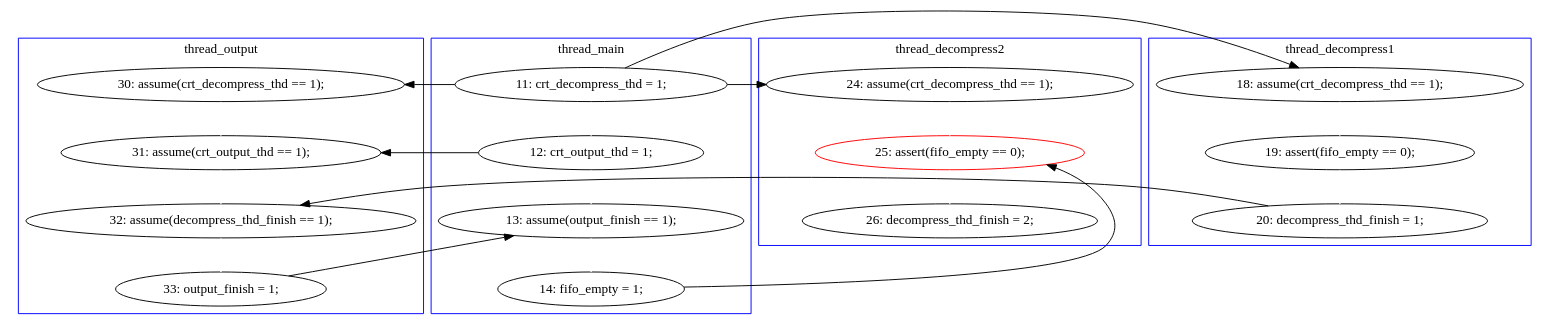
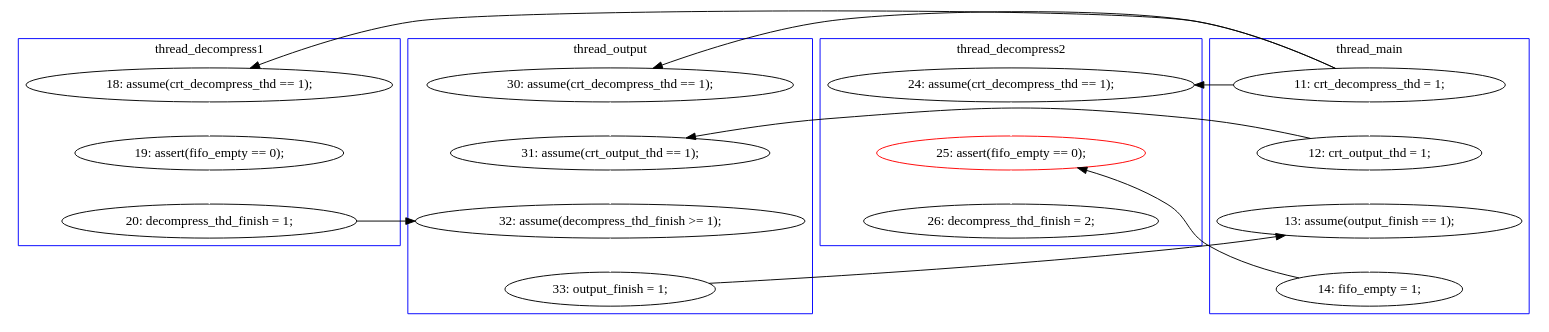
Before and after one commit to hylhp/cav14-model: the diagram in pbzip2.mixed/B-1-graph-gen.dot, drawn with Graphviz. The commit also changed 25 other files, not shown here.

```diff
--- a/pbzip2.mixed/B-1-graph-gen.dot
+++ b/pbzip2.mixed/B-1-graph-gen.dot
@@ -1,49 +1,49 @@
 digraph Counterexample {
-	25 -> 28 [color = white, style = solid]
-	20 -> 21 [color = black, style = solid, constraint = false]
-	11 -> 17 [color = white, style = solid]
-	12 -> 17 [color = black, style = solid, constraint = false]
-	17 -> 19 [color = white, style = solid]
-	19 -> 20 [color = white, style = solid]
-	9 -> 11 [color = black, style = solid, constraint = false]
-	16 -> 18 [color = white, style = solid]
-	14 -> 16 [color = white, style = solid]
-	9 -> 12 [color = white, style = solid]
+	12 -> 14 [color = white, style = solid]
+	23 -> 26 [color = black, style = solid, constraint = false]
+	20 -> 30 [color = white, style = solid]
+	11 -> 12 [color = black, style = solid, constraint = false]
+	13 -> 21 [color = black, style = solid, constraint = false]
+	26 -> 28 [color = white, style = solid]
+	22 -> 23 [color = white, style = solid]
+	28 -> 30 [color = black, style = solid, constraint = false]
+	14 -> 15 [color = white, style = solid]
 	21 -> 22 [color = white, style = solid]
-	9 -> 14 [color = black, style = solid, constraint = false]
-	23 -> 25 [color = white, style = solid]
-	9 -> 23 [color = black, style = solid, constraint = false]
-	12 -> 21 [color = white, style = solid]
-	22 -> 25 [color = black, style = solid, constraint = false]
-	18 -> 19 [color = black, style = solid, constraint = false]
-	subgraph cluster2 {
-		label = thread_decompress1
-		color = blue
-		18  [label = "20: decompress_thd_finish = 1;"]
-		14  [label = "18: assume(crt_decompress_thd == 1);"]
-		16  [label = "19: assert(fifo_empty == 0);"]
-	}
+	30 -> 32 [color = white, style = solid]
+	13 -> 26 [color = white, style = solid]
+	11 -> 20 [color = black, style = solid, constraint = false]
+	15 -> 22 [color = black, style = solid, constraint = false]
+	18 -> 21 [color = white, style = solid]
+	11 -> 13 [color = white, style = solid]
+	11 -> 18 [color = black, style = solid, constraint = false]
 	subgraph cluster3 {
 		label = thread_decompress2
 		color = blue
-		23  [label = "24: assume(crt_decompress_thd == 1);"]
-		25  [label = "25: assert(fifo_empty == 0);", color = red]
-		28  [label = "26: decompress_thd_finish = 2;"]
+		20  [label = "24: assume(crt_decompress_thd == 1);"]
+		30  [label = "25: assert(fifo_empty == 0);", color = red]
+		32  [label = "26: decompress_thd_finish = 2;"]
 	}
 	subgraph cluster4 {
 		label = thread_output
 		color = blue
-		19  [label = "32: assume(decompress_thd_finish == 1);"]
-		17  [label = "31: assume(crt_output_thd == 1);"]
-		11  [label = "30: assume(crt_decompress_thd == 1);"]
-		20  [label = "33: output_finish = 1;"]
+		23  [label = "33: output_finish = 1;"]
+		22  [label = "32: assume(decompress_thd_finish >= 1);"]
+		18  [label = "30: assume(crt_decompress_thd == 1);"]
+		21  [label = "31: assume(crt_output_thd == 1);"]
+	}
+	subgraph cluster2 {
+		label = thread_decompress1
+		color = blue
+		12  [label = "18: assume(crt_decompress_thd == 1);"]
+		14  [label = "19: assert(fifo_empty == 0);"]
+		15  [label = "20: decompress_thd_finish = 1;"]
 	}
 	subgraph cluster1 {
 		label = thread_main
 		color = blue
-		21  [label = "13: assume(output_finish == 1);"]
-		22  [label = "14: fifo_empty = 1;"]
-		9  [label = "11: crt_decompress_thd = 1;"]
-		12  [label = "12: crt_output_thd = 1;"]
+		11  [label = "11: crt_decompress_thd = 1;"]
+		13  [label = "12: crt_output_thd = 1;"]
+		26  [label = "13: assume(output_finish == 1);"]
+		28  [label = "14: fifo_empty = 1;"]
 	}
 }
```
